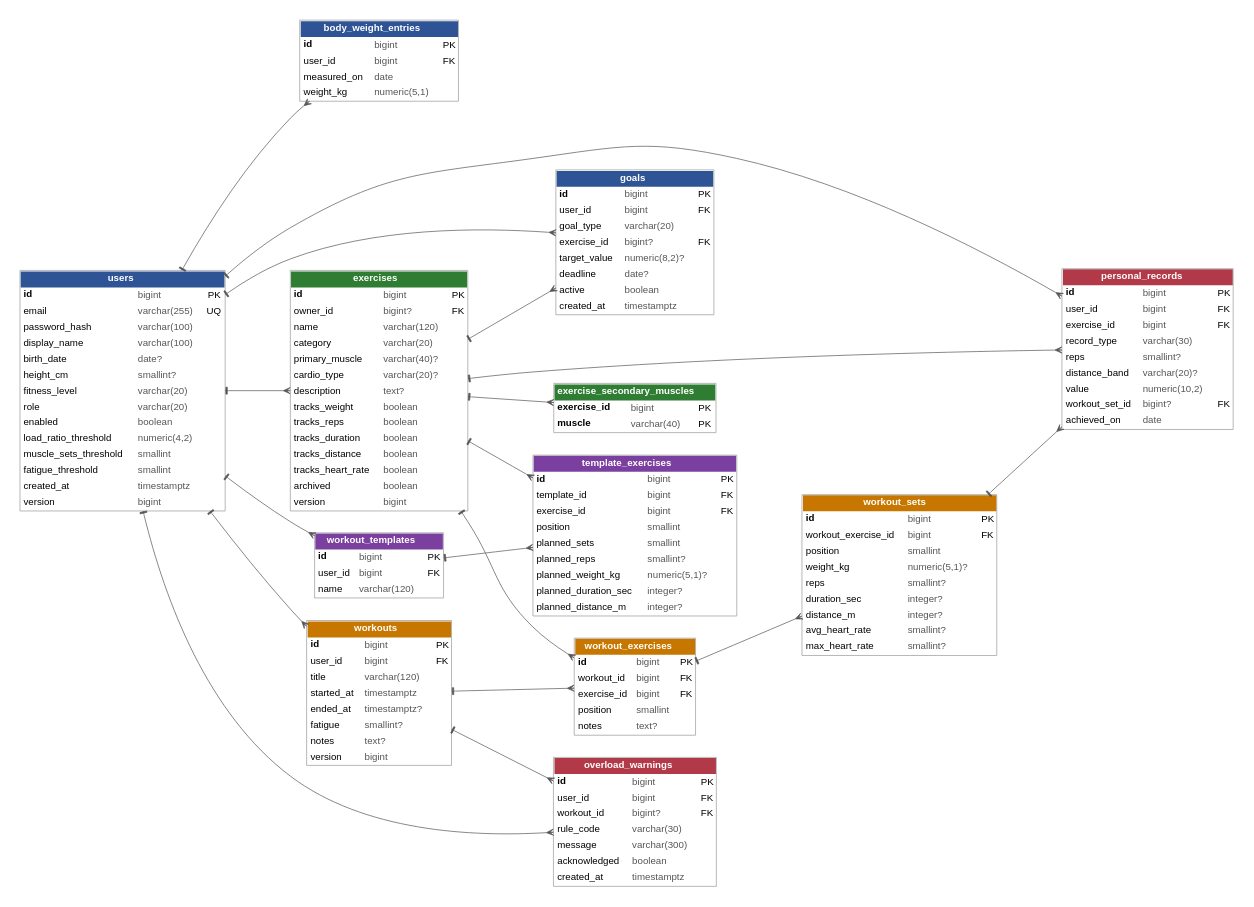
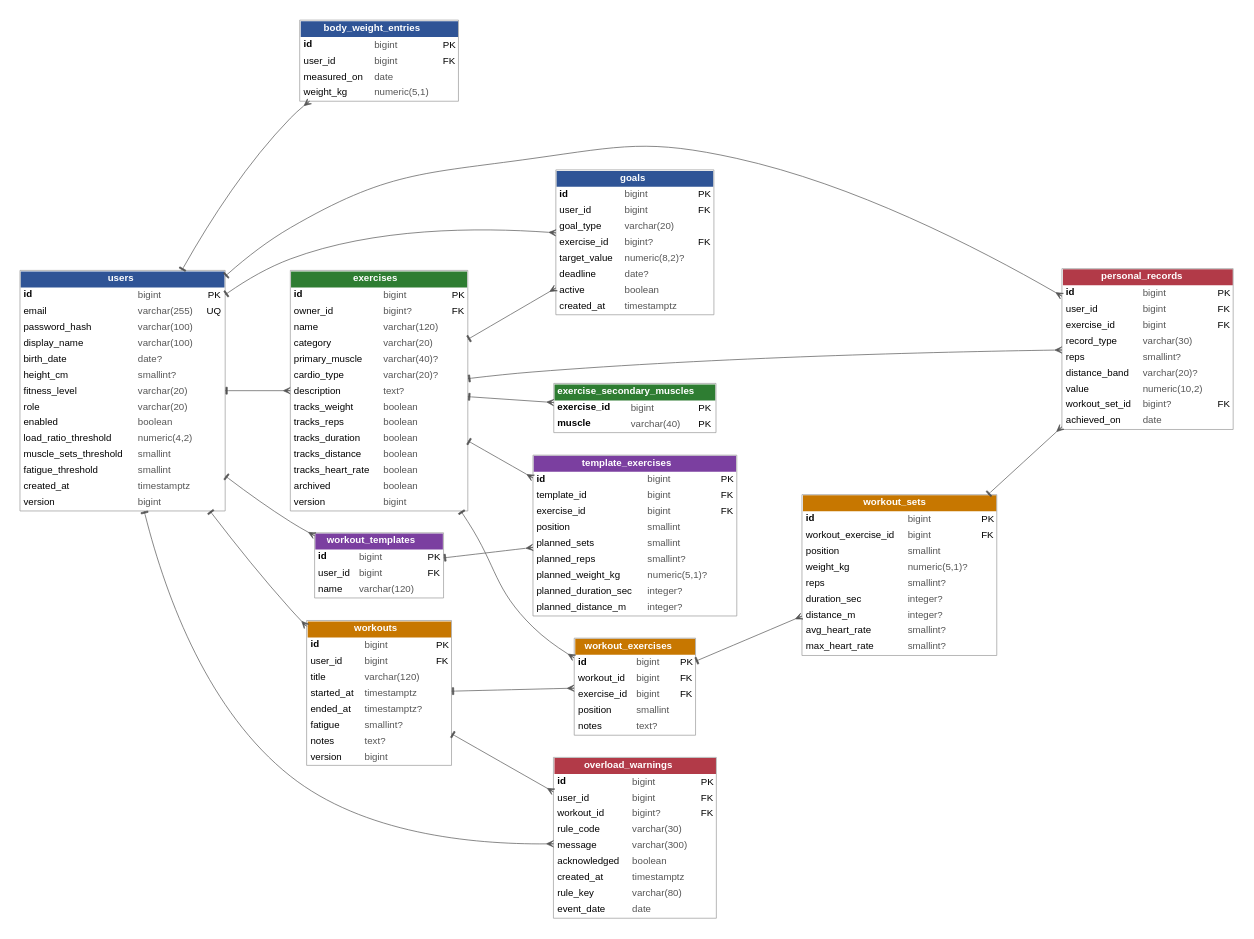
The diagram in docs/er-diagram.dot (ZinkRuben/RepTrack), drawn with Graphviz before and after one commit. The commit also changed 18 other files, not shown here.

```diff
--- a/docs/er-diagram.dot
+++ b/docs/er-diagram.dot
@@ -13,7 +13,7 @@
 workout_templates [label=<<TABLE BORDER="1" CELLBORDER="0" CELLSPACING="0" CELLPADDING="4" COLOR="#999999"><TR><TD COLSPAN="3" BGCOLOR="#7B3FA0"><FONT COLOR="white"><B>workout_templates</B></FONT></TD></TR><TR><TD ALIGN="LEFT"><B>id</B></TD><TD ALIGN="LEFT"><FONT COLOR="#555555">bigint</FONT></TD><TD>PK</TD></TR><TR><TD ALIGN="LEFT">user_id</TD><TD ALIGN="LEFT"><FONT COLOR="#555555">bigint</FONT></TD><TD>FK</TD></TR><TR><TD ALIGN="LEFT">name</TD><TD ALIGN="LEFT"><FONT COLOR="#555555">varchar(120)</FONT></TD><TD></TD></TR></TABLE>>];
 template_exercises [label=<<TABLE BORDER="1" CELLBORDER="0" CELLSPACING="0" CELLPADDING="4" COLOR="#999999"><TR><TD COLSPAN="3" BGCOLOR="#7B3FA0"><FONT COLOR="white"><B>template_exercises</B></FONT></TD></TR><TR><TD ALIGN="LEFT"><B>id</B></TD><TD ALIGN="LEFT"><FONT COLOR="#555555">bigint</FONT></TD><TD>PK</TD></TR><TR><TD ALIGN="LEFT">template_id</TD><TD ALIGN="LEFT"><FONT COLOR="#555555">bigint</FONT></TD><TD>FK</TD></TR><TR><TD ALIGN="LEFT">exercise_id</TD><TD ALIGN="LEFT"><FONT COLOR="#555555">bigint</FONT></TD><TD>FK</TD></TR><TR><TD ALIGN="LEFT">position</TD><TD ALIGN="LEFT"><FONT COLOR="#555555">smallint</FONT></TD><TD></TD></TR><TR><TD ALIGN="LEFT">planned_sets</TD><TD ALIGN="LEFT"><FONT COLOR="#555555">smallint</FONT></TD><TD></TD></TR><TR><TD ALIGN="LEFT">planned_reps</TD><TD ALIGN="LEFT"><FONT COLOR="#555555">smallint?</FONT></TD><TD></TD></TR><TR><TD ALIGN="LEFT">planned_weight_kg</TD><TD ALIGN="LEFT"><FONT COLOR="#555555">numeric(5,1)?</FONT></TD><TD></TD></TR><TR><TD ALIGN="LEFT">planned_duration_sec</TD><TD ALIGN="LEFT"><FONT COLOR="#555555">integer?</FONT></TD><TD></TD></TR><TR><TD ALIGN="LEFT">planned_distance_m</TD><TD ALIGN="LEFT"><FONT COLOR="#555555">integer?</FONT></TD><TD></TD></TR></TABLE>>];
 personal_records [label=<<TABLE BORDER="1" CELLBORDER="0" CELLSPACING="0" CELLPADDING="4" COLOR="#999999"><TR><TD COLSPAN="3" BGCOLOR="#B23A48"><FONT COLOR="white"><B>personal_records</B></FONT></TD></TR><TR><TD ALIGN="LEFT"><B>id</B></TD><TD ALIGN="LEFT"><FONT COLOR="#555555">bigint</FONT></TD><TD>PK</TD></TR><TR><TD ALIGN="LEFT">user_id</TD><TD ALIGN="LEFT"><FONT COLOR="#555555">bigint</FONT></TD><TD>FK</TD></TR><TR><TD ALIGN="LEFT">exercise_id</TD><TD ALIGN="LEFT"><FONT COLOR="#555555">bigint</FONT></TD><TD>FK</TD></TR><TR><TD ALIGN="LEFT">record_type</TD><TD ALIGN="LEFT"><FONT COLOR="#555555">varchar(30)</FONT></TD><TD></TD></TR><TR><TD ALIGN="LEFT">reps</TD><TD ALIGN="LEFT"><FONT COLOR="#555555">smallint?</FONT></TD><TD></TD></TR><TR><TD ALIGN="LEFT">distance_band</TD><TD ALIGN="LEFT"><FONT COLOR="#555555">varchar(20)?</FONT></TD><TD></TD></TR><TR><TD ALIGN="LEFT">value</TD><TD ALIGN="LEFT"><FONT COLOR="#555555">numeric(10,2)</FONT></TD><TD></TD></TR><TR><TD ALIGN="LEFT">workout_set_id</TD><TD ALIGN="LEFT"><FONT COLOR="#555555">bigint?</FONT></TD><TD>FK</TD></TR><TR><TD ALIGN="LEFT">achieved_on</TD><TD ALIGN="LEFT"><FONT COLOR="#555555">date</FONT></TD><TD></TD></TR></TABLE>>];
-overload_warnings [label=<<TABLE BORDER="1" CELLBORDER="0" CELLSPACING="0" CELLPADDING="4" COLOR="#999999"><TR><TD COLSPAN="3" BGCOLOR="#B23A48"><FONT COLOR="white"><B>overload_warnings</B></FONT></TD></TR><TR><TD ALIGN="LEFT"><B>id</B></TD><TD ALIGN="LEFT"><FONT COLOR="#555555">bigint</FONT></TD><TD>PK</TD></TR><TR><TD ALIGN="LEFT">user_id</TD><TD ALIGN="LEFT"><FONT COLOR="#555555">bigint</FONT></TD><TD>FK</TD></TR><TR><TD ALIGN="LEFT">workout_id</TD><TD ALIGN="LEFT"><FONT COLOR="#555555">bigint?</FONT></TD><TD>FK</TD></TR><TR><TD ALIGN="LEFT">rule_code</TD><TD ALIGN="LEFT"><FONT COLOR="#555555">varchar(30)</FONT></TD><TD></TD></TR><TR><TD ALIGN="LEFT">message</TD><TD ALIGN="LEFT"><FONT COLOR="#555555">varchar(300)</FONT></TD><TD></TD></TR><TR><TD ALIGN="LEFT">acknowledged</TD><TD ALIGN="LEFT"><FONT COLOR="#555555">boolean</FONT></TD><TD></TD></TR><TR><TD ALIGN="LEFT">created_at</TD><TD ALIGN="LEFT"><FONT COLOR="#555555">timestamptz</FONT></TD><TD></TD></TR></TABLE>>];
+overload_warnings [label=<<TABLE BORDER="1" CELLBORDER="0" CELLSPACING="0" CELLPADDING="4" COLOR="#999999"><TR><TD COLSPAN="3" BGCOLOR="#B23A48"><FONT COLOR="white"><B>overload_warnings</B></FONT></TD></TR><TR><TD ALIGN="LEFT"><B>id</B></TD><TD ALIGN="LEFT"><FONT COLOR="#555555">bigint</FONT></TD><TD>PK</TD></TR><TR><TD ALIGN="LEFT">user_id</TD><TD ALIGN="LEFT"><FONT COLOR="#555555">bigint</FONT></TD><TD>FK</TD></TR><TR><TD ALIGN="LEFT">workout_id</TD><TD ALIGN="LEFT"><FONT COLOR="#555555">bigint?</FONT></TD><TD>FK</TD></TR><TR><TD ALIGN="LEFT">rule_code</TD><TD ALIGN="LEFT"><FONT COLOR="#555555">varchar(30)</FONT></TD><TD></TD></TR><TR><TD ALIGN="LEFT">message</TD><TD ALIGN="LEFT"><FONT COLOR="#555555">varchar(300)</FONT></TD><TD></TD></TR><TR><TD ALIGN="LEFT">acknowledged</TD><TD ALIGN="LEFT"><FONT COLOR="#555555">boolean</FONT></TD><TD></TD></TR><TR><TD ALIGN="LEFT">created_at</TD><TD ALIGN="LEFT"><FONT COLOR="#555555">timestamptz</FONT></TD><TD></TD></TR><TR><TD ALIGN="LEFT">rule_key</TD><TD ALIGN="LEFT"><FONT COLOR="#555555">varchar(80)</FONT></TD><TD></TD></TR><TR><TD ALIGN="LEFT">event_date</TD><TD ALIGN="LEFT"><FONT COLOR="#555555">date</FONT></TD><TD></TD></TR></TABLE>>];
 users -> body_weight_entries [arrowhead=crow, arrowtail=tee, dir=both, color="#555555"];
 users -> exercises [arrowhead=crow, arrowtail=tee, dir=both, color="#555555"];
 exercises -> exercise_secondary_muscles [arrowhead=crow, arrowtail=tee, dir=both, color="#555555"];
```
